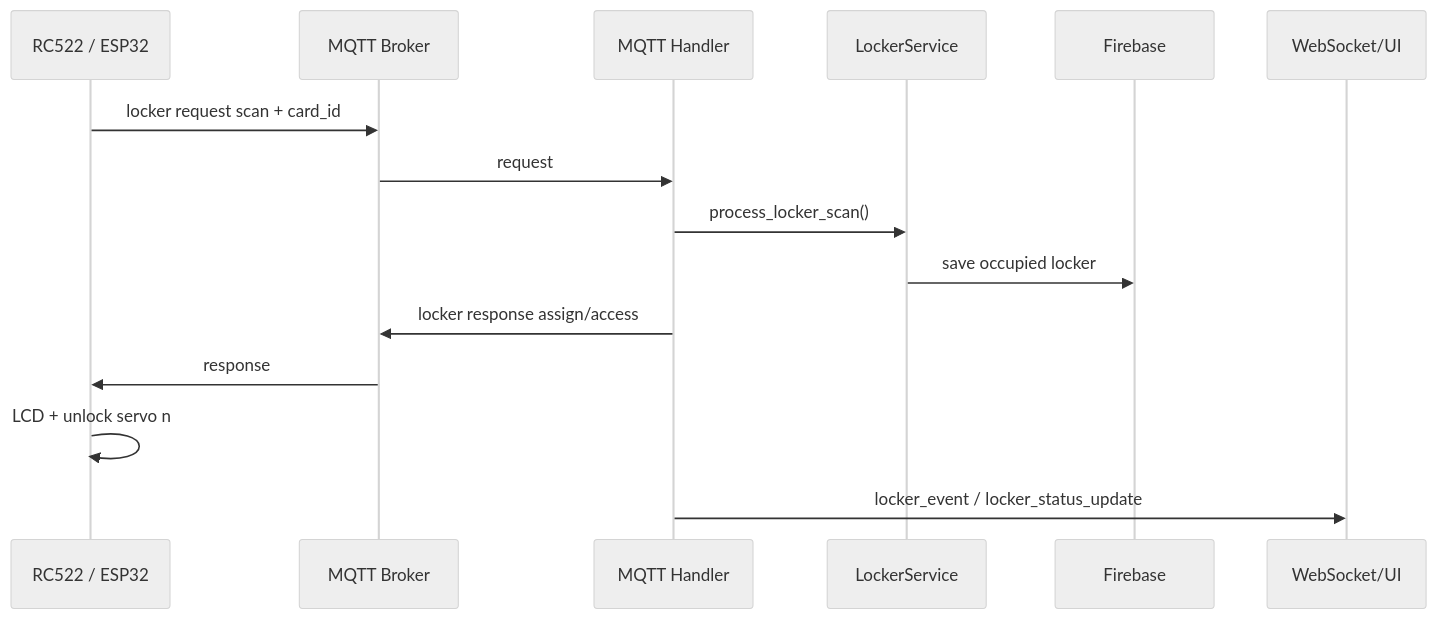
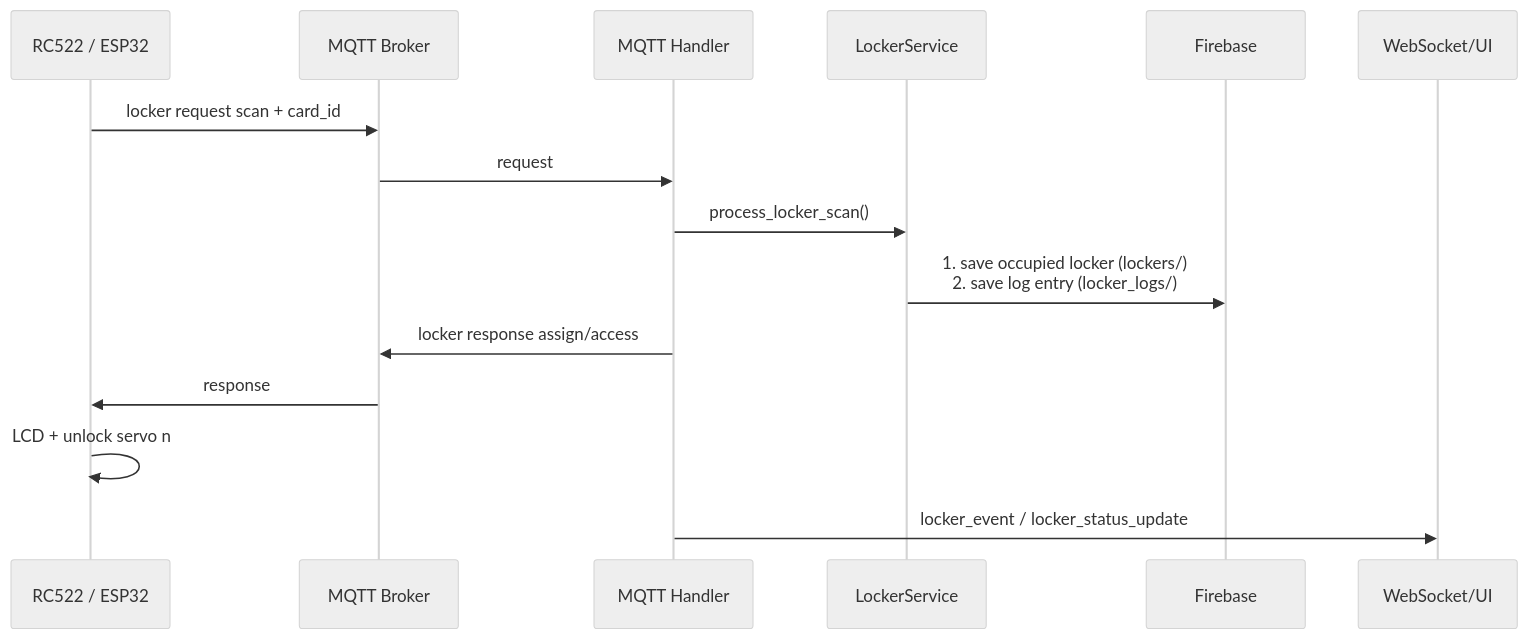
The diagram in docs/modules/locker_access.md (vuhieu0808/iot-project), drawn with Mermaid (neutral theme) before and after one commit. The commit also changed other lines of this file and 23 other files, not shown here.

````diff
--- a/docs/modules/locker_access.md
+++ b/docs/modules/locker_access.md
@@ -50,17 +50,17 @@
 ```mermaid
 sequenceDiagram
     participant R as RC522 / ESP32
     participant B as MQTT Broker
     participant H as MQTT Handler
     participant S as LockerService
     participant F as Firebase
     participant W as WebSocket/UI
     R->>B: locker request scan + card_id
     B->>H: request
     H->>S: process_locker_scan()
-    S->>F: save occupied locker
+    S->>F: 1. save occupied locker (lockers/)<br/>2. save log entry (locker_logs/)
     H->>B: locker response assign/access
     B->>R: response
     R->>R: LCD + unlock servo n
     H->>W: locker_event / locker_status_update
 ```
````
